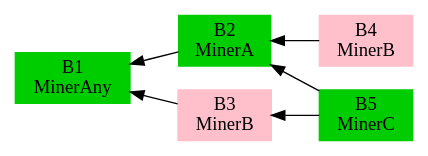
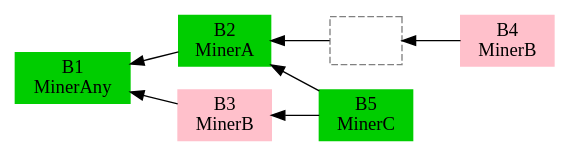
One commit to filecoin-project/specs changed the diagram in src/algorithms/expected_consensus/diagrams/parent_grinding.dot. Above: the diagram before and after it, drawn with Graphviz. The commit also changed 1 other file, not shown here.

Commit message:
update diagram accordingly

```diff
--- a/src/algorithms/expected_consensus/diagrams/parent_grinding.dot
+++ b/src/algorithms/expected_consensus/diagrams/parent_grinding.dot
@@ -1,15 +1,16 @@
 digraph G {
   rankdir=RL;
   node [shape=box, style="filled", color="green3"]
 
   B1 [label="B1\nMinerAny"]
   B2 [label="B2\nMinerA"]
   B3 [label="B3\nMinerB",   color=pink]
   B4 [label="B4\nMinerB",   color=pink]
   B5 [label="B5\nMinerC"]
+  B4Null [label="", color=gray, style=dashed]
 
-  B4 -> B2 -> B1
+  B4 -> B4Null -> B2 -> B1
   B3 -> B1
   B5 -> B3
   B5 -> B2
 }
```
